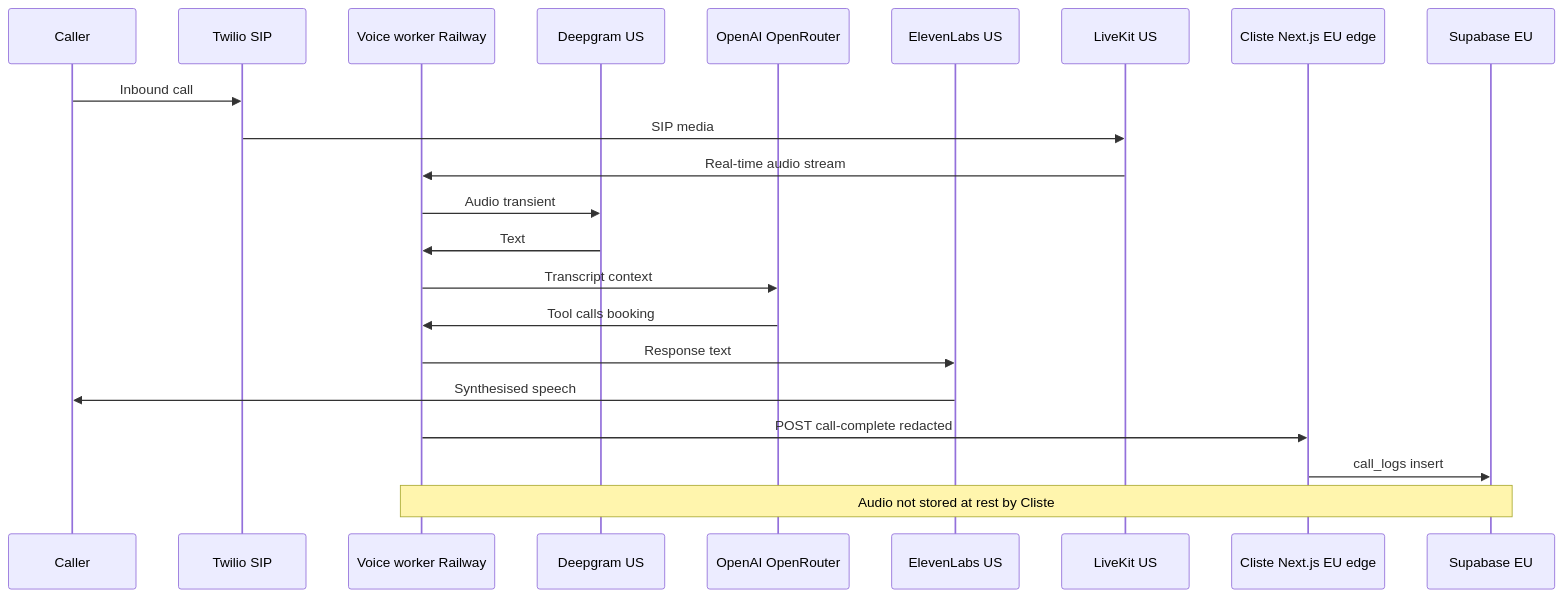
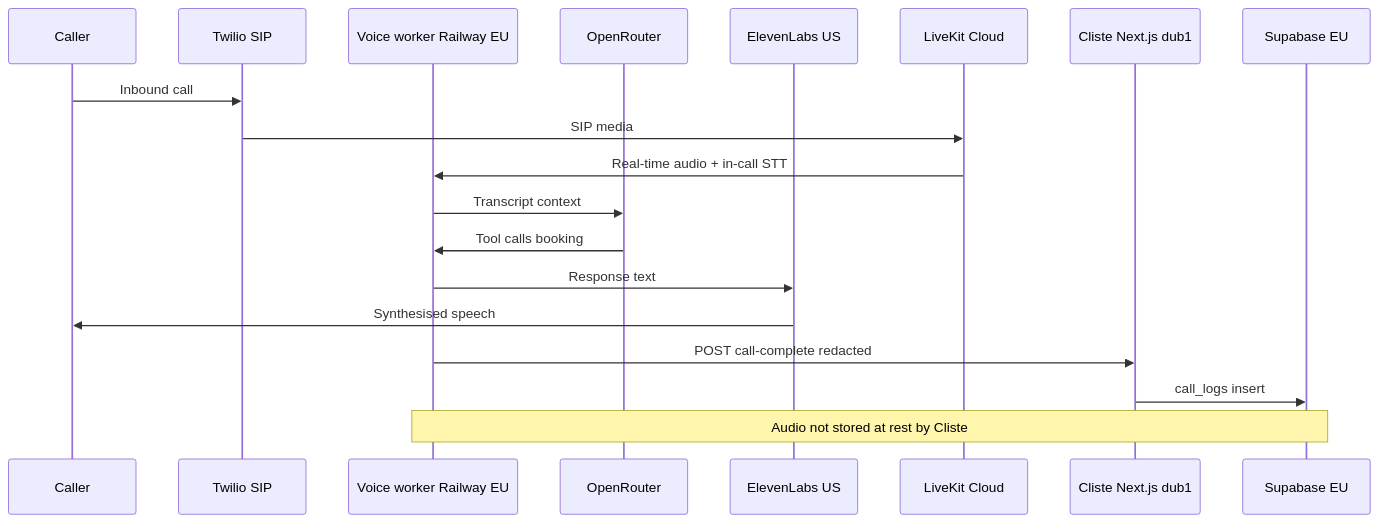
One commit to cliste-systems/cliste-code-base-1 changed the diagram in docs/legal/GDPR-VOICE-AGENTS-IRELAND.md. Above: the diagram before and after it, drawn with Mermaid. The commit also changed other lines of this file and 320 other files, not shown here.

````diff
--- a/docs/legal/GDPR-VOICE-AGENTS-IRELAND.md
+++ b/docs/legal/GDPR-VOICE-AGENTS-IRELAND.md
@@ -239,25 +239,22 @@
 ```mermaid
 sequenceDiagram
   participant Caller
   participant Twilio as Twilio SIP
-  participant Worker as Voice worker Railway
-  participant STT as Deepgram US
-  participant LLM as OpenAI OpenRouter
+  participant Worker as Voice worker Railway EU
+  participant LLM as OpenRouter
   participant TTS as ElevenLabs US
-  participant LK as LiveKit US
-  participant App as Cliste Next.js EU edge
+  participant LK as LiveKit Cloud
+  participant App as Cliste Next.js dub1
   participant DB as Supabase EU
 
   Caller->>Twilio: Inbound call
   Twilio->>LK: SIP media
-  LK->>Worker: Real-time audio stream
-  Worker->>STT: Audio transient
-  STT->>Worker: Text
+  LK->>Worker: Real-time audio + in-call STT
   Worker->>LLM: Transcript context
   LLM->>Worker: Tool calls booking
   Worker->>TTS: Response text
   TTS->>Caller: Synthesised speech
   Worker->>App: POST call-complete redacted
   App->>DB: call_logs insert
   Note over Worker,DB: Audio not stored at rest by Cliste
 ```
````
